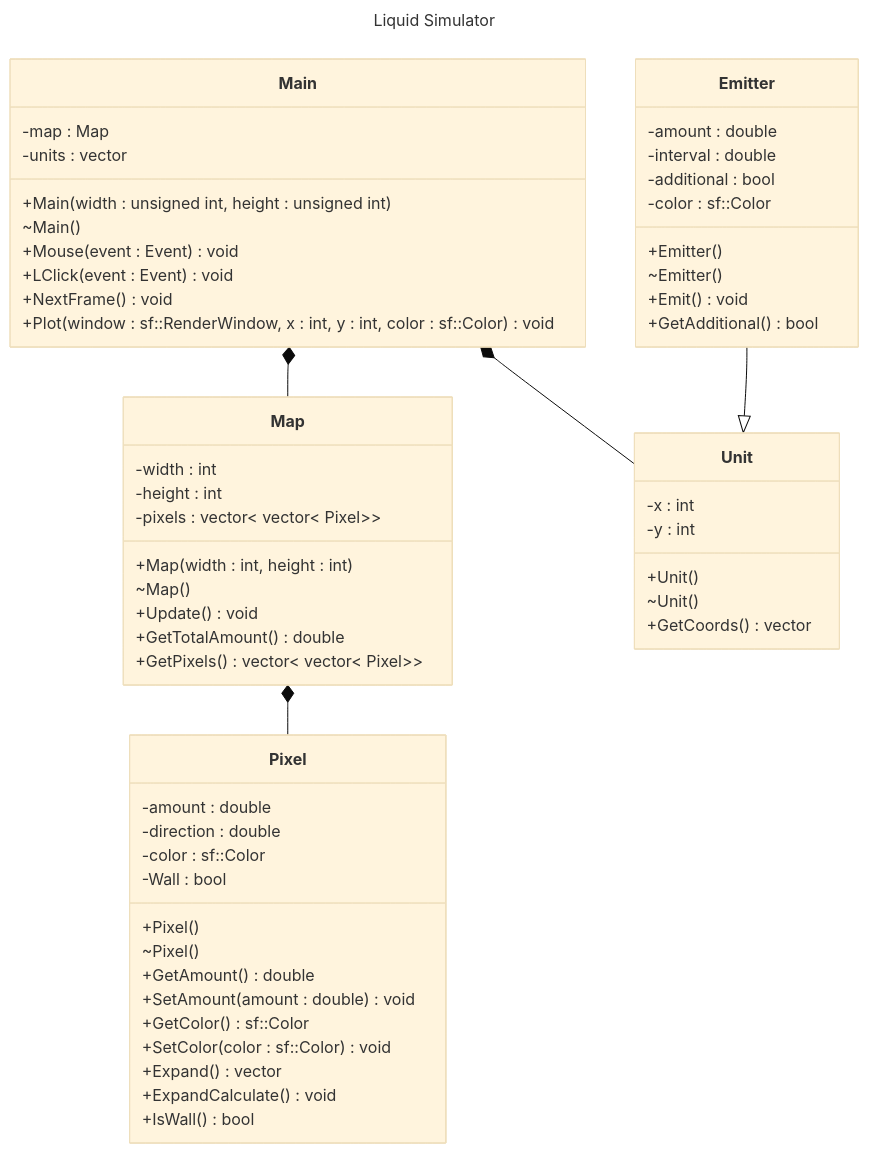
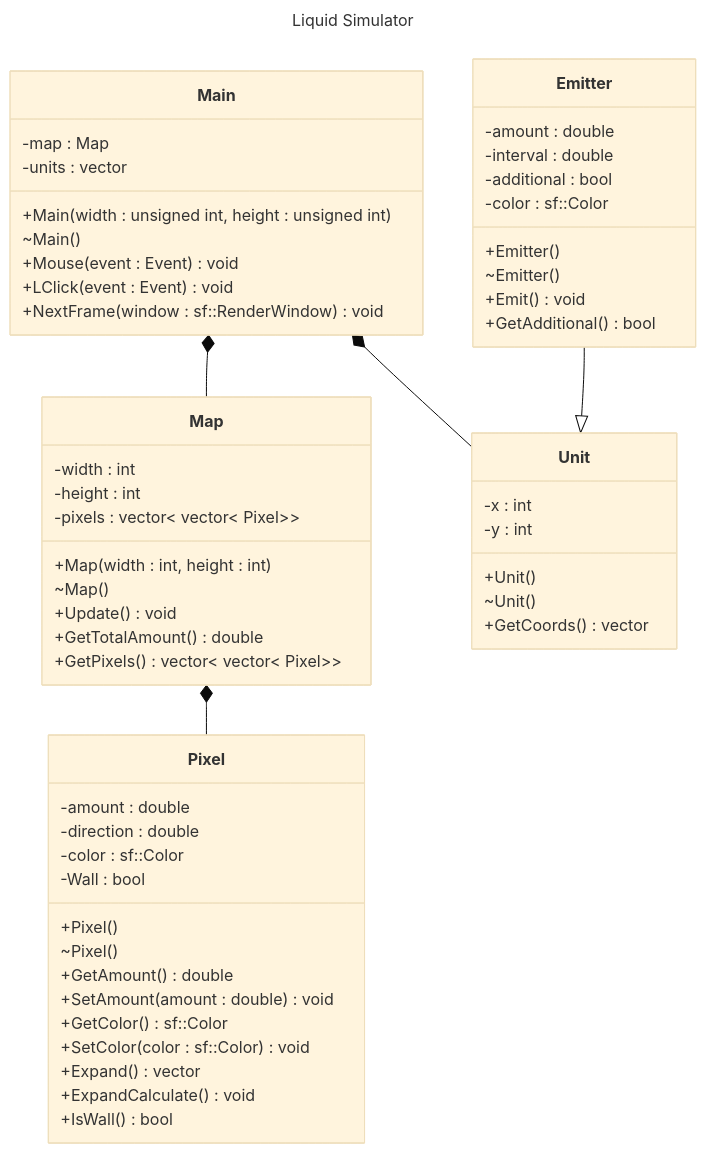
The diagram in README.md (LogicLoic/Liquid-Simulator), drawn with Mermaid (base theme) before and after one commit. The commit also changed 10 other files, not shown here.

````diff
--- a/README.md
+++ b/README.md
@@ -3,73 +3,72 @@
 ```mermaid
 ---
 title: Liquid Simulator
 ---
 classDiagram
     class Main{
         -map : Map
         -units : vector<Unit>
 
         +Main(width : unsigned int, height : unsigned int)
         ~Main()
         +Mouse(event : Event) void
         +LClick(event : Event) void
-        +NextFrame() void
-        +Plot(window : sf::RenderWindow, x : int, y : int, color : sf::Color) void
+        +NextFrame(window : sf::RenderWindow) void
     }
 
     class Map{
         -width : int
         -height : int
         -pixels : vector< vector< Pixel>>
         
         +Map(width : int, height : int)
         ~Map()
         +Update() void
         +GetTotalAmount() double
         +GetPixels() vector< vector< Pixel>>
     }
 
     class Pixel{
         -amount : double
         -direction : double
         -color : sf::Color
         -Wall : bool
 
         +Pixel()
         ~Pixel()
         +GetAmount() double
         +SetAmount(amount : double) void
         +GetColor() sf::Color
         +SetColor(color : sf::Color) void
         +Expand() vector<double>
         +ExpandCalculate() void
         +IsWall() bool
     }
 
     class Unit{
         -x : int
         -y : int
 
         +Unit()
         ~Unit()
         +GetCoords() vector<int>
     }
 
     class Emitter{
         -amount : double
         -interval : double
         -additional : bool
         -color : sf::Color
 
         +Emitter()
         ~Emitter()
         +Emit() void
         +GetAdditional() bool
     }
 
     Main *-- Map
     Main *-- Unit
     Map *-- Pixel
     Emitter --|> Unit
 
 ```
````
